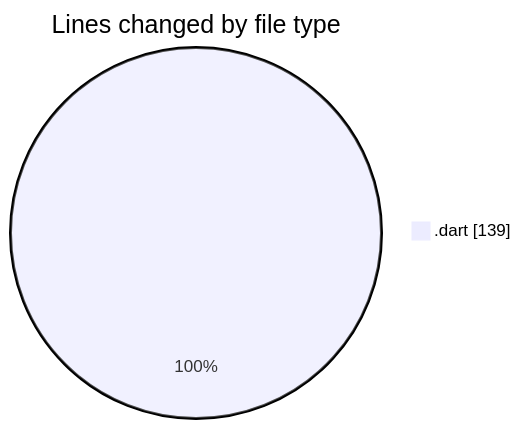
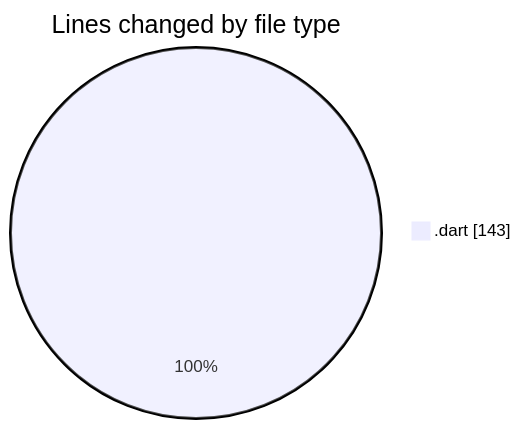
Before and after one commit to donsfak/code-tracking: the first of 2 diagrams in 2025-01-24/trackers_app/README.md, drawn with Mermaid. The commit also changed other lines of this file and 1 other file, not shown here.

````diff
--- a/2025-01-24/trackers_app/README.md
+++ b/2025-01-24/trackers_app/README.md
@@ -21,5 +21,5 @@
 ```mermaid
 pie showData
 title Lines changed by file type
-".dart" : 139
+".dart" : 143
 ```
````
